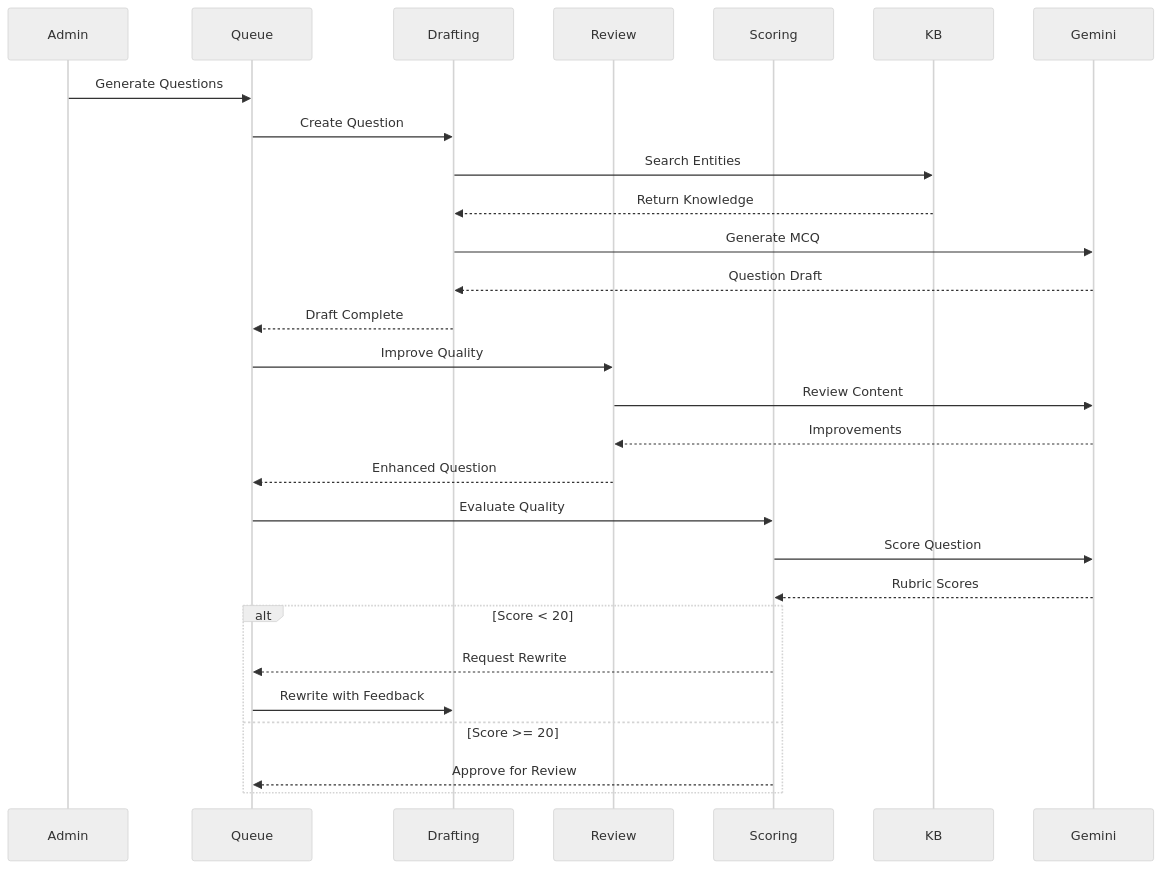
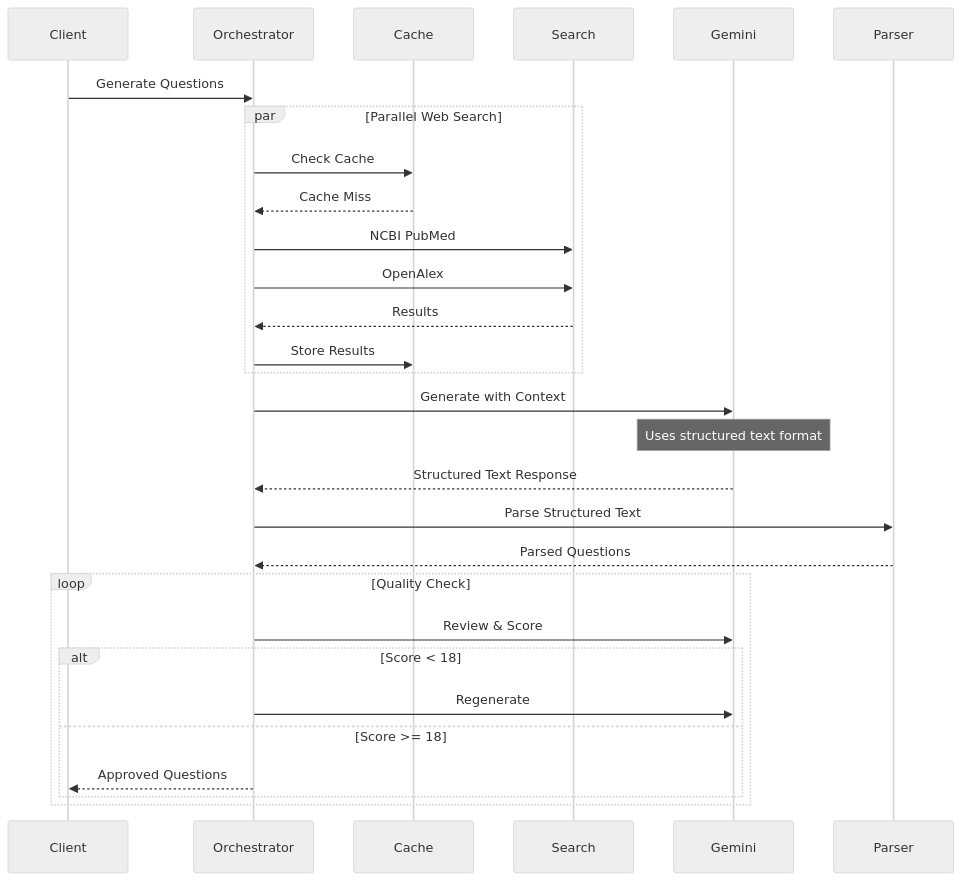
Before and after one commit to ramiefathy/PrecisionLearnDerm: the fourth of 4 diagrams in product_architecture.md, drawn with Mermaid (neutral theme). The commit also changed other lines of this file and 230 other files, not shown here.

````diff
--- a/product_architecture.md
+++ b/product_architecture.md
@@ -451,32 +486,36 @@
 ```mermaid
 sequenceDiagram
-    participant Admin
-    participant Queue
-    participant Drafting
-    participant Review
-    participant Scoring
-    participant KB
+    participant Client
+    participant Orchestrator
+    participant Cache
+    participant Search
+    participant Gemini
+    participant Parser
     
-    Admin->>Queue: Generate Questions
-    Queue->>Drafting: Create Question
-    Drafting->>KB: Search Entities
-    KB-->>Drafting: Return Knowledge
-    Drafting->>Gemini: Generate MCQ
-    Gemini-->>Drafting: Question Draft
-    Drafting-->>Queue: Draft Complete
+    Client->>Orchestrator: Generate Questions
     
-    Queue->>Review: Improve Quality
-    Review->>Gemini: Review Content
-    Gemini-->>Review: Improvements
-    Review-->>Queue: Enhanced Question
+    par Parallel Web Search
+        Orchestrator->>Cache: Check Cache
+        Cache-->>Orchestrator: Cache Miss
+        Orchestrator->>Search: NCBI PubMed
+        Orchestrator->>Search: OpenAlex
+        Search-->>Orchestrator: Results
+        Orchestrator->>Cache: Store Results
+    end
     
-    Queue->>Scoring: Evaluate Quality
-    Scoring->>Gemini: Score Question
-    Gemini-->>Scoring: Rubric Scores
-    alt Score < 20
-        Scoring-->>Queue: Request Rewrite
-        Queue->>Drafting: Rewrite with Feedback
-    else Score >= 20
-        Scoring-->>Queue: Approve for Review
+    Orchestrator->>Gemini: Generate with Context
+    Note over Gemini: Uses structured text format
+    Gemini-->>Orchestrator: Structured Text Response
+    
+    Orchestrator->>Parser: Parse Structured Text
+    Parser-->>Orchestrator: Parsed Questions
+    
+    loop Quality Check
+        Orchestrator->>Gemini: Review & Score
+        alt Score < 18
+            Orchestrator->>Gemini: Regenerate
+        else Score >= 18
+            Orchestrator-->>Client: Approved Questions
+        end
     end
 ```
````
